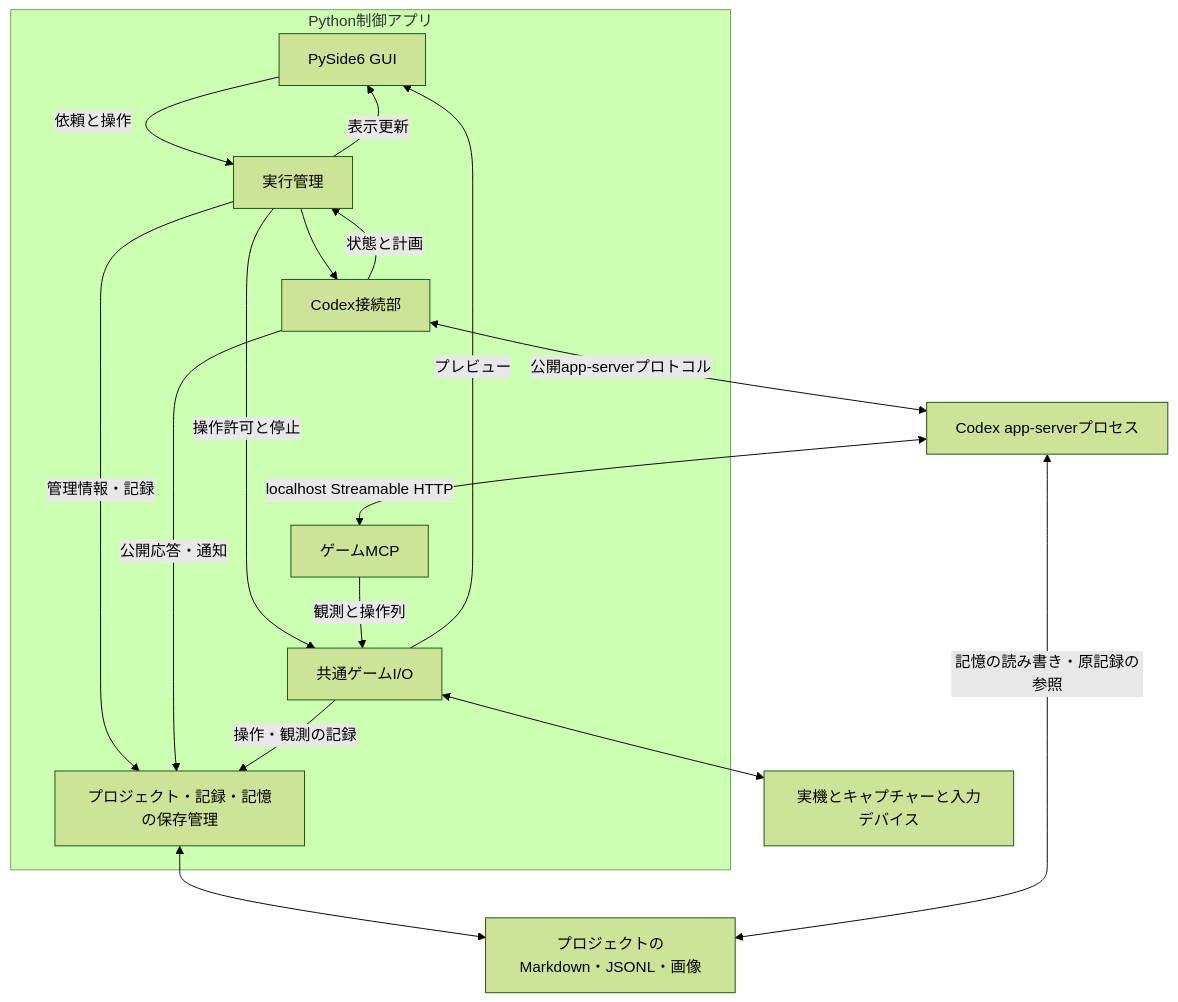
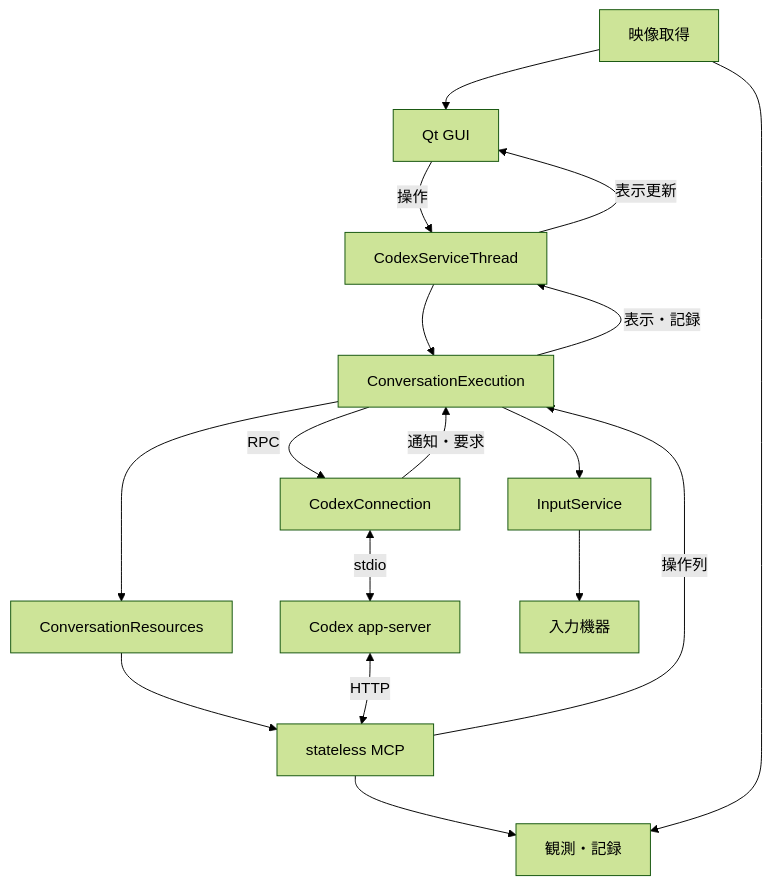
One commit to niart120/Project_Gigas changed the diagram in spec/initial/02-runtime.md. Above: the diagram before and after it, drawn with Mermaid (forest theme). The commit also changed other lines of this file and 16 other files, not shown here.

````diff
--- a/spec/initial/02-runtime.md
+++ b/spec/initial/02-runtime.md
@@ -13,29 +11,19 @@
 ```mermaid
 flowchart TB
-  subgraph P["Python制御アプリ"]
-    U["PySide6 GUI"]
-    S["実行管理"]
-    A["Codex接続部"]
-    M["ゲームMCP"]
-    G["共通ゲームI/O"]
-    D["プロジェクト・記録・記憶の保存管理"]
-    U -->|"依頼と操作"| S
-    S --> A
-    S -->|"操作許可と停止"| G
-    M -->|"観測と操作列"| G
-    G -->|"プレビュー"| U
-    A -->|"状態と計画"| S
-    S -->|"表示更新"| U
-    S -->|"管理情報・記録"| D
-    A -->|"公開応答・通知"| D
-    G -->|"操作・観測の記録"| D
-  end
-  C["Codex app-serverプロセス"]
-  H["実機とキャプチャーと入力デバイス"]
-  F["プロジェクトのMarkdown・JSONL・画像"]
-  A <-->|"公開app-serverプロトコル"| C
-  C <-->|"localhost Streamable HTTP"| M
-  G <--> H
-  D <--> F
-  C <-->|"記憶の読み書き・原記録の参照"| F
+  U["Qt GUI"] -->|"操作"| S["CodexServiceThread"]
+  S --> E["ConversationExecution"]
+  E -->|"RPC"| C["CodexConnection"]
+  C -->|"通知・要求"| E
+  E -->|"表示・記録"| S
+  S -->|"表示更新"| U
+  E --> R["ConversationResources"]
+  R --> M["stateless MCP"]
+  M -->|"操作列"| E
+  E --> I["InputService"]
+  M --> O["観測・記録"]
+  C <-->|"stdio"| A["Codex app-server"]
+  A <-->|"HTTP"| M
+  I --> D["入力機器"]
+  V["映像取得"] --> O
+  V --> U
 ```
````
